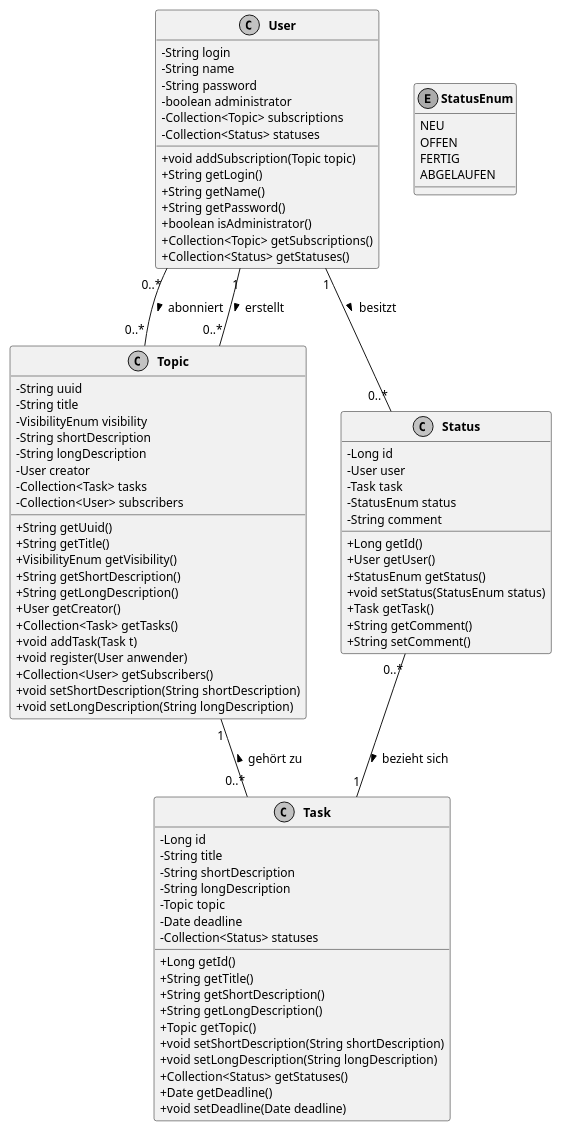
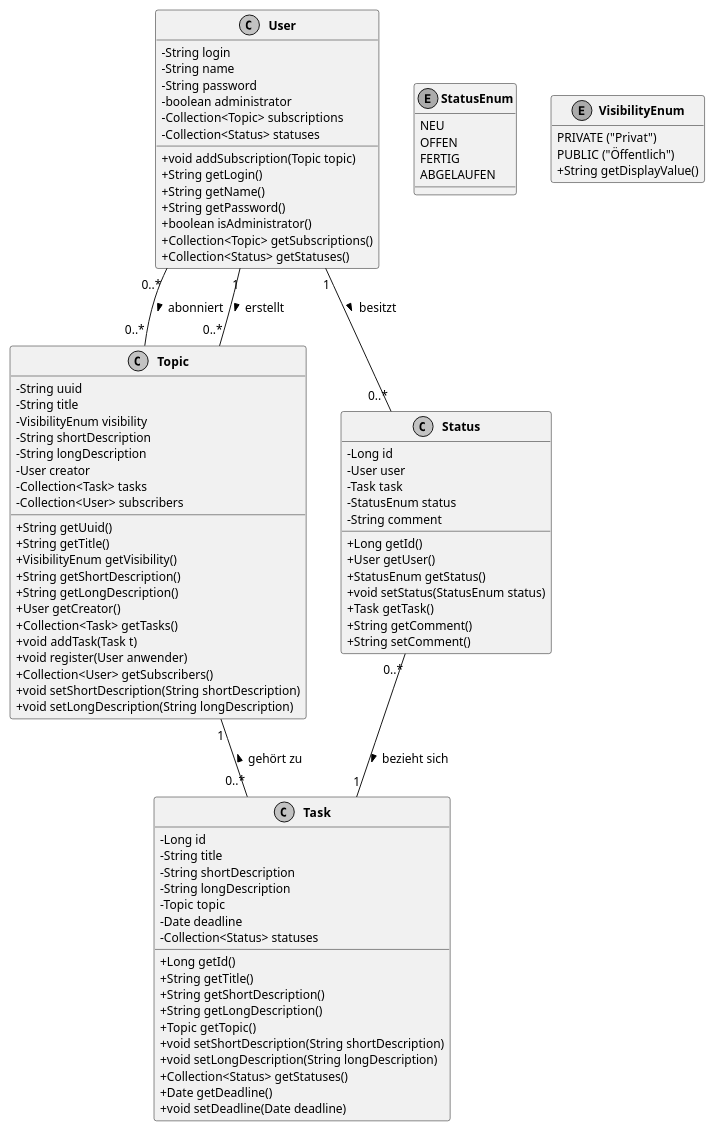
The diagram in doku/Datenmodell.plantuml (SimonHirner/agenda20), drawn with PlantUML before and after one commit. The commit also changed 5 other files, not shown here.

```diff
--- a/doku/Datenmodell.plantuml
+++ b/doku/Datenmodell.plantuml
@@ -1,101 +1,107 @@
 @startuml
 
 ' Layout
 skinparam classAttributeIconSize 0
 skinparam monochrome true
 skinparam shadowing false
 skinparam DefaultFontName arial
 skinparam DefaultFontSize 12
 skinparam ClassFontStyle bold
 hide empty fields
 
 ' Assoziationen
 User "0..*" -- "0..*" Topic : > abonniert
 User "1" -- "0..*" Topic : > erstellt
 User "1" -- "0..*" Status : > besitzt
 Topic "1" -- "0..*" Task : < gehört zu
 Status "0..*" -- "1" Task : > bezieht sich
 
 ' Klassen
 class Status [[java:edu.hm.cs.katz.swt2.agenda.persistence.Status]] {
 	-Long id
 	-User user
 	-Task task
 	-StatusEnum status
 	-String comment
 	+Long getId()
 	+User getUser()
 	+StatusEnum getStatus()
 	+void setStatus(StatusEnum status)
 	+Task getTask()
 	+String getComment()
 	+String setComment()
 }
 
 class Task [[java:edu.hm.cs.katz.swt2.agenda.persistence.Task]] {
 	-Long id
 	-String title
 	-String shortDescription
 	-String longDescription
 	-Topic topic
 	-Date deadline
 	-Collection<Status> statuses
 	+Long getId()
 	+String getTitle()
 	+String getShortDescription()
 	+String getLongDescription()
 	+Topic getTopic()
 	+void setShortDescription(String shortDescription)
 	+void setLongDescription(String longDescription)
 	+Collection<Status> getStatuses()
 	+Date getDeadline()
 	+void setDeadline(Date deadline)
 }
 
 class User [[java:edu.hm.cs.katz.swt2.agenda.persistence.User]] {
 	-String login
 	-String name
 	-String password
 	-boolean administrator
 	-Collection<Topic> subscriptions
 	-Collection<Status> statuses
 	+void addSubscription(Topic topic)
 	+String getLogin()
 	+String getName()
 	+String getPassword()
 	+boolean isAdministrator()
 	+Collection<Topic> getSubscriptions()
 	+Collection<Status> getStatuses()
 }
 
 class Topic [[java:edu.hm.cs.katz.swt2.agenda.persistence.Topic]] {
 	-String uuid
 	-String title
 	-VisibilityEnum visibility
 	-String shortDescription
 	-String longDescription
 	-User creator
 	-Collection<Task> tasks
 	-Collection<User> subscribers
 	+String getUuid()
 	+String getTitle()
 	+VisibilityEnum getVisibility()
 	+String getShortDescription()
 	+String getLongDescription()
 	+User getCreator()
 	+Collection<Task> getTasks()
 	+void addTask(Task t)
 	+void register(User anwender)
 	+Collection<User> getSubscribers()
 	+void setShortDescription(String shortDescription)
 	+void setLongDescription(String longDescription)
 }
 
 enum StatusEnum [[java:edu.hm.cs.katz.swt2.agenda.common.StatusEnum]] {
-	NEU
-	OFFEN
-	FERTIG
-	ABGELAUFEN
-}
+ 	NEU
+ 	OFFEN
+ 	FERTIG
+ 	ABGELAUFEN
+ }
+
+enum VisibilityEnum [[java:edu.hm.cs.katz.swt2.agenda.common.VisibilityEnum]] {
+    PRIVATE ("Privat")
+    PUBLIC ("Öffentlich")
+    +String getDisplayValue()
+ }
 
 @enduml
```
